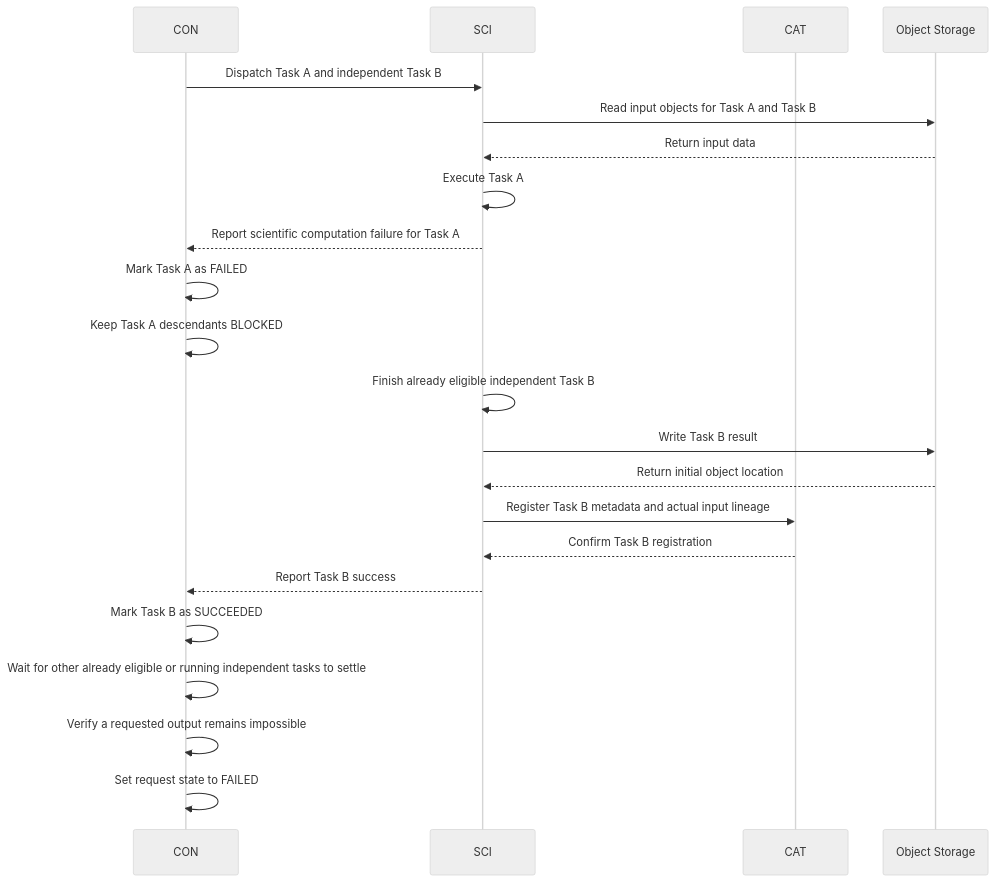
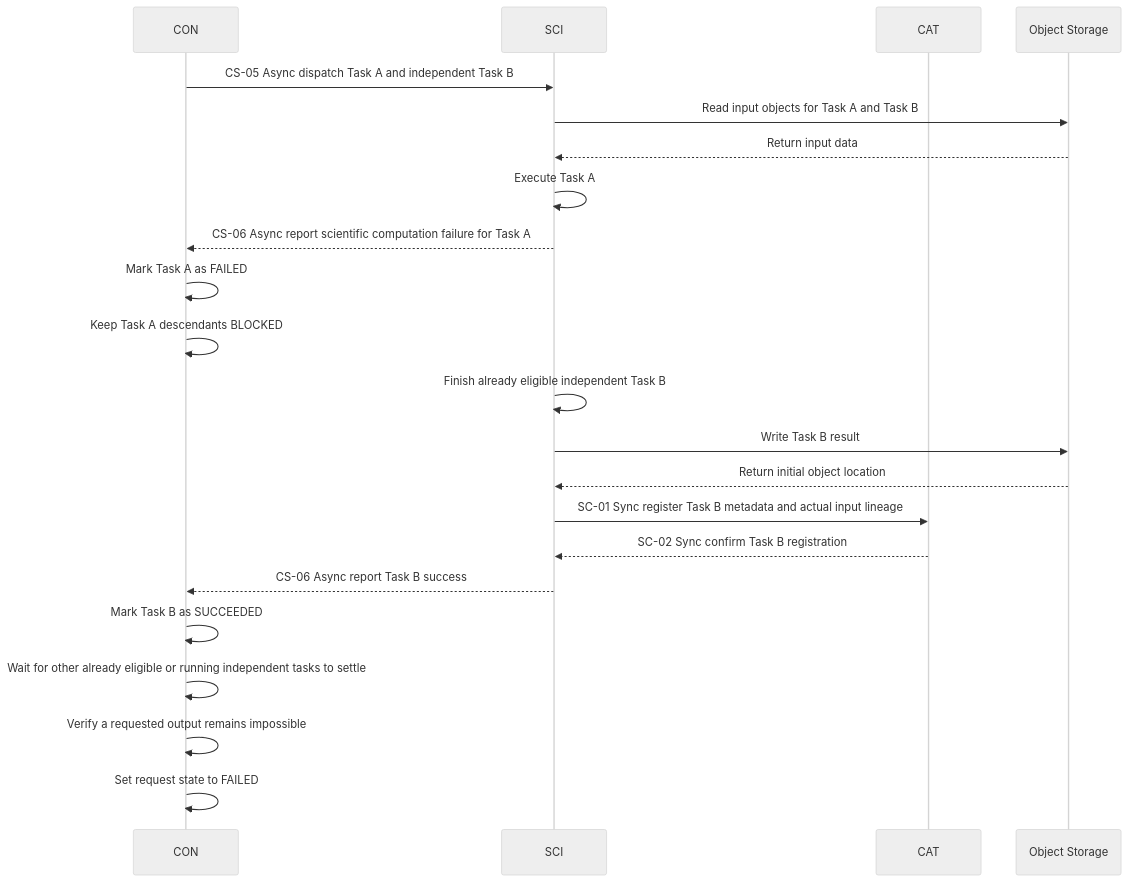
The second of 4 diagrams in documentation/architecture/sequence_diagrams/failure-and-recovery.md (arnaudsomville/MEOGAP), drawn with Mermaid (neutral theme) before and after one commit. The commit also changed other lines of this file, not shown here.

Commit message:
Annotate async and sync workflow steps

````diff
--- a/documentation/architecture/sequence_diagrams/failure-and-recovery.md
+++ b/documentation/architecture/sequence_diagrams/failure-and-recovery.md
@@ -52,27 +52,27 @@
 ```mermaid
 sequenceDiagram
     participant CON
     participant SCI
     participant CAT
     participant S3 as Object Storage
 
-    CON->>SCI: Dispatch Task A and independent Task B
+    CON->>SCI: CS-05 Async dispatch Task A and independent Task B
     SCI->>S3: Read input objects for Task A and Task B
     S3-->>SCI: Return input data
     SCI->>SCI: Execute Task A
-    SCI-->>CON: Report scientific computation failure for Task A
+    SCI-->>CON: CS-06 Async report scientific computation failure for Task A
     CON->>CON: Mark Task A as FAILED
     CON->>CON: Keep Task A descendants BLOCKED
 
     SCI->>SCI: Finish already eligible independent Task B
     SCI->>S3: Write Task B result
     S3-->>SCI: Return initial object location
-    SCI->>CAT: Register Task B metadata and actual input lineage
-    CAT-->>SCI: Confirm Task B registration
-    SCI-->>CON: Report Task B success
+    SCI->>CAT: SC-01 Sync register Task B metadata and actual input lineage
+    CAT-->>SCI: SC-02 Sync confirm Task B registration
+    SCI-->>CON: CS-06 Async report Task B success
     CON->>CON: Mark Task B as SUCCEEDED
 
     CON->>CON: Wait for other already eligible or running independent tasks to settle
     CON->>CON: Verify a requested output remains impossible
     CON->>CON: Set request state to FAILED
 ```
````
